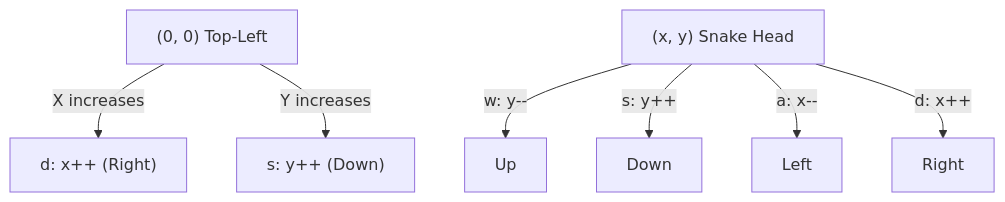
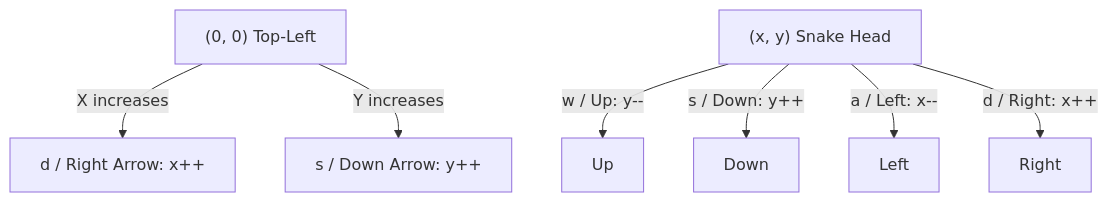
One commit to cyanoge1-netizen/snake-game-c changed the first of 2 diagrams in README.md. Above: the diagram before and after it, drawn with Mermaid. The commit also changed other lines of this file, not shown here.

````diff
--- a/README.md
+++ b/README.md
@@ -21,9 +19,9 @@
 ```mermaid
 flowchart TD
-    Origin["(0, 0) Top-Left"] -->|X increases| Right["d: x++  (Right)"]
-    Origin -->|Y increases| Down["s: y++  (Down)"]
-    Center["(x, y) Snake Head"] -->|w: y--| Up["Up"]
-    Center -->|s: y++| DownMove["Down"]
-    Center -->|a: x--| LeftMove["Left"]
-    Center -->|d: x++| RightMove["Right"]
+    Origin["(0, 0) Top-Left"] -->|X increases| Right["d / Right Arrow: x++"]
+    Origin -->|Y increases| Down["s / Down Arrow: y++"]
+    Center["(x, y) Snake Head"] -->|w / Up: y--| Up["Up"]
+    Center -->|s / Down: y++| DownMove["Down"]
+    Center -->|a / Left: x--| LeftMove["Left"]
+    Center -->|d / Right: x++| RightMove["Right"]
 ```
````
